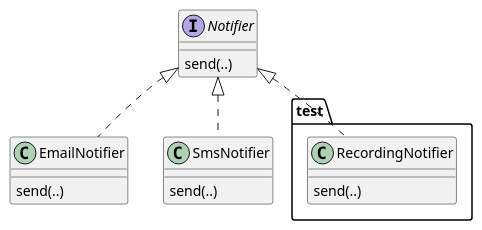
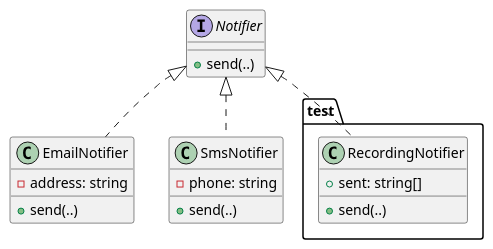
The third of 5 diagrams in docs/part2/06_boundaries.md (ubccpsc/210), drawn with PlantUML before and after one commit. The commit also changed other lines of this file, not shown here.

Commit message:
build out more diagrams for boundaries to see if we want them

````diff
--- a/docs/part2/06_boundaries.md
+++ b/docs/part2/06_boundaries.md
@@ -179,19 +208,22 @@
 ```plantuml
 @startuml
 
 interface Notifier
 
 Notifier <|.. EmailNotifier
 Notifier <|.. SmsNotifier
 
-Notifier : send(..)
-EmailNotifier : send(..)
-SmsNotifier : send(..)
+Notifier : +send(..)
+EmailNotifier : -address: string
+EmailNotifier : +send(..)
+SmsNotifier : -phone: string
+SmsNotifier : +send(..)
 
 package test {
     Notifier <|.. RecordingNotifier
-    RecordingNotifier : send(..)
+    RecordingNotifier : +sent: string[]
+    RecordingNotifier : +send(..)
 }
 
 @enduml
 ```
````
